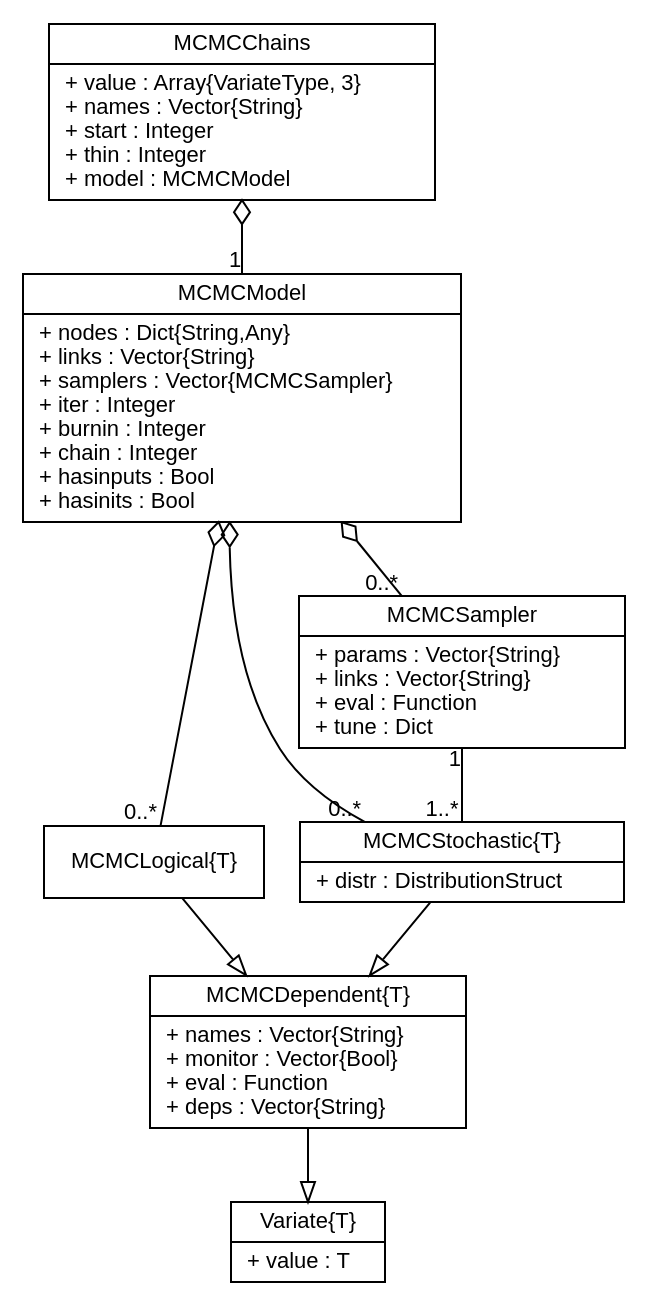
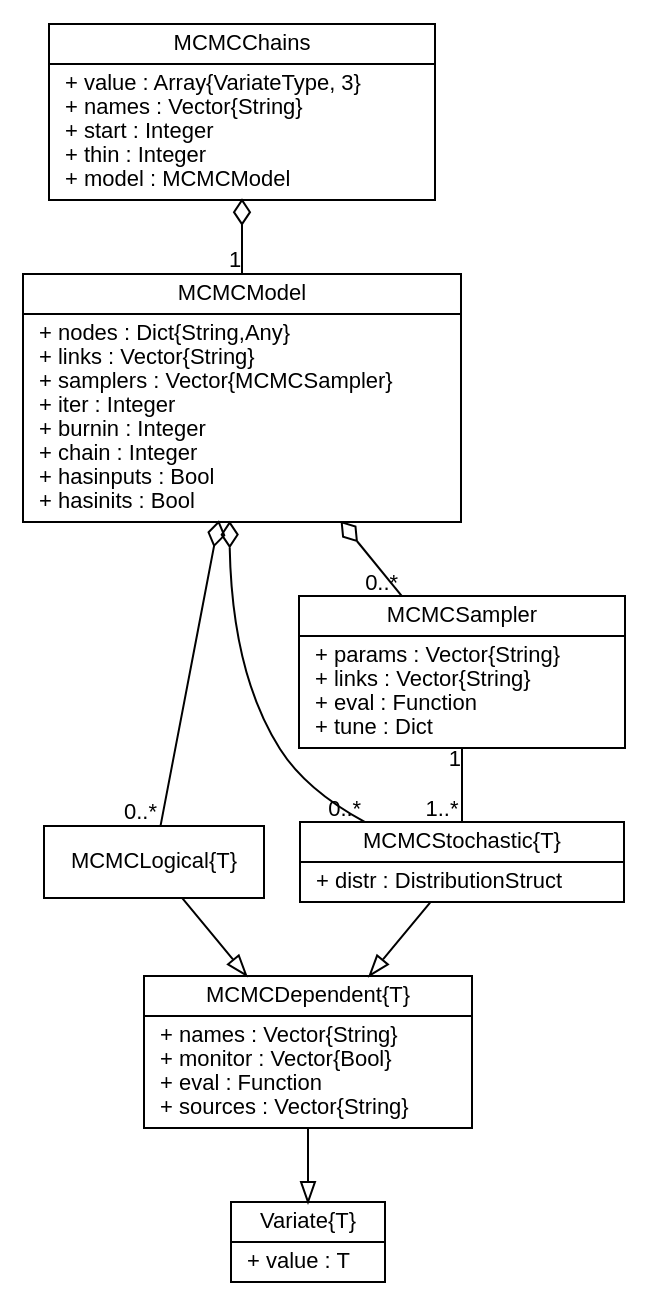
One commit to brian-j-smith/Mamba.jl changed the diagram in doc/images/mcmcUML.dot. Above: the diagram before and after it, drawn with Graphviz. The commit also changed 8 other files, not shown here.

Commit message:
Renamed MCMCDependent field deps to sources.

```diff
--- a/doc/images/mcmcUML.dot
+++ b/doc/images/mcmcUML.dot
@@ -1,34 +1,34 @@
 graph MCMC {
 	fontname = "Helvetica"
 	fontsize = 11
 	overlap = scalexy
 	sep = "+0,26"
 
 	node [fontname = "Helvetica", fontsize = 11, shape = record]
 
 	edge [fontname = "Helvetica", fontsize = 11, dir = both, arrowtail = none, arrowhead = none]
 
 	Variate [label = "{Variate\{T\}|+ value : T\l}"]
 
-	MCMCDependent [label = "{MCMCDependent\{T\}|+ names : Vector\{String\}\l+ monitor : Vector\{Bool\}\l+ eval : Function\l+ deps : Vector\{String\}\l}"]
+	MCMCDependent [label = "{MCMCDependent\{T\}|+ names : Vector\{String\}\l+ monitor : Vector\{Bool\}\l+ eval : Function\l+ sources : Vector\{String\}\l}"]
 	
 	MCMCLogical [label = "{MCMCLogical\{T\}}"]
 	
 	MCMCStochastic [label = "{MCMCStochastic\{T\}|+ distr : DistributionStruct\l}"]
 
 	MCMCSampler [label = "{MCMCSampler|+ params : Vector\{String\}\l+ links : Vector\{String\}\l+ eval : Function\l+ tune : Dict\l}"]
 	
 	MCMCModel [label = "{MCMCModel|+ nodes : Dict\{String,Any\}\l+ links : Vector\{String\}\l+ samplers : Vector\{MCMCSampler\}\l+ iter : Integer\l+ burnin : Integer\l+ chain : Integer\l+ hasinputs : Bool\l+ hasinits : Bool\l}"]
 	
 	MCMCChains [label = "{MCMCChains|+ value : Array\{VariateType, 3\}\l+ names : Vector\{String\}\l+ start : Integer\l+ thin : Integer\l+ model : MCMCModel\l}"]
 
 	MCMCDependent -- Variate[len = 0.8, arrowhead = empty]
 	MCMCLogical -- MCMCDependent[arrowhead = empty]
 	MCMCStochastic -- MCMCDependent[arrowhead = empty]
 	MCMCSampler -- MCMCStochastic[len = 1.2, taillabel = "1", headlabel = "1..*"]
 	MCMCModel -- MCMCSampler[arrowtail = odiamond, headlabel = "0..*"]
 	MCMCModel -- MCMCLogical[arrowtail = odiamond, headlabel = "0..*"]
 	MCMCModel -- MCMCStochastic[arrowtail = odiamond, headlabel = "0..*"]
 	MCMCChains -- MCMCModel[len = 1.2, arrowtail = odiamond, headlabel = "1"]
 
 }
```
